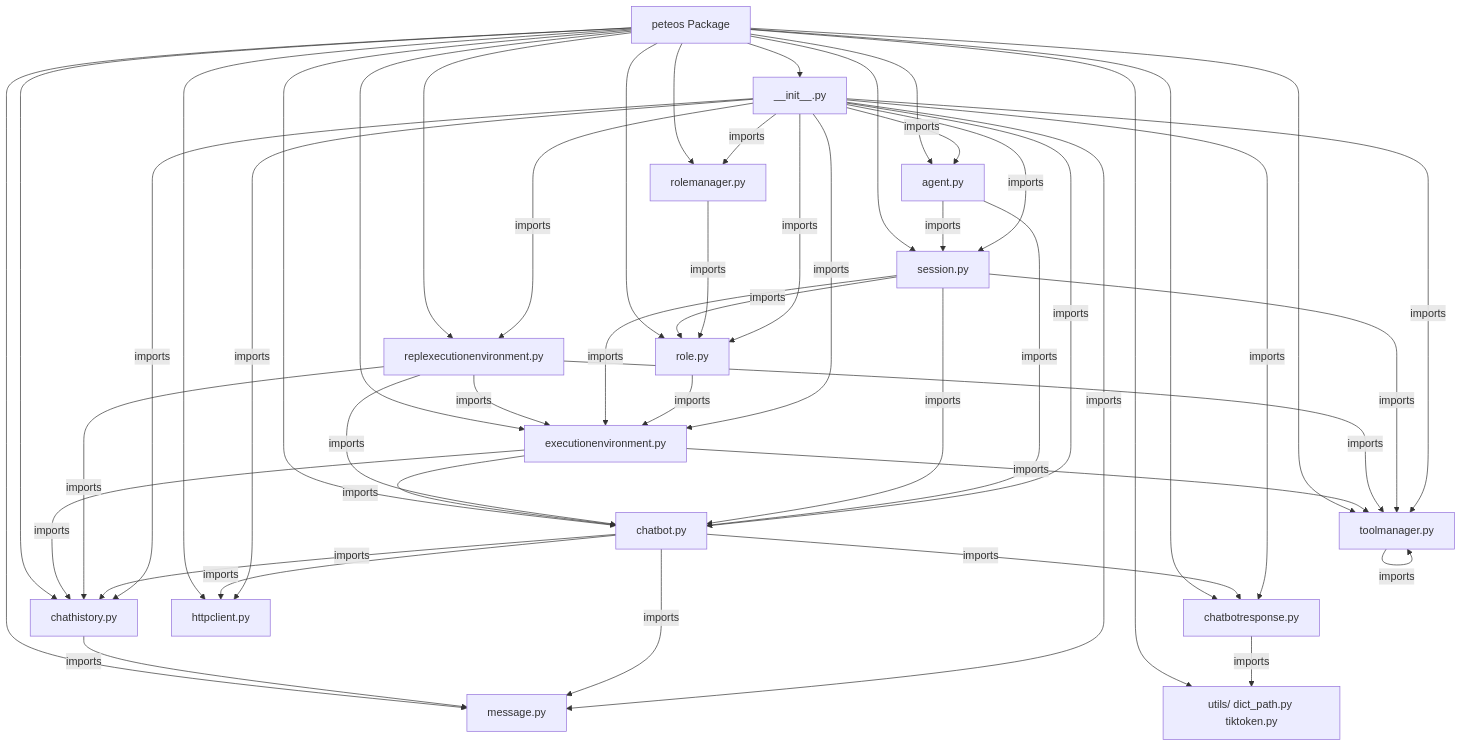
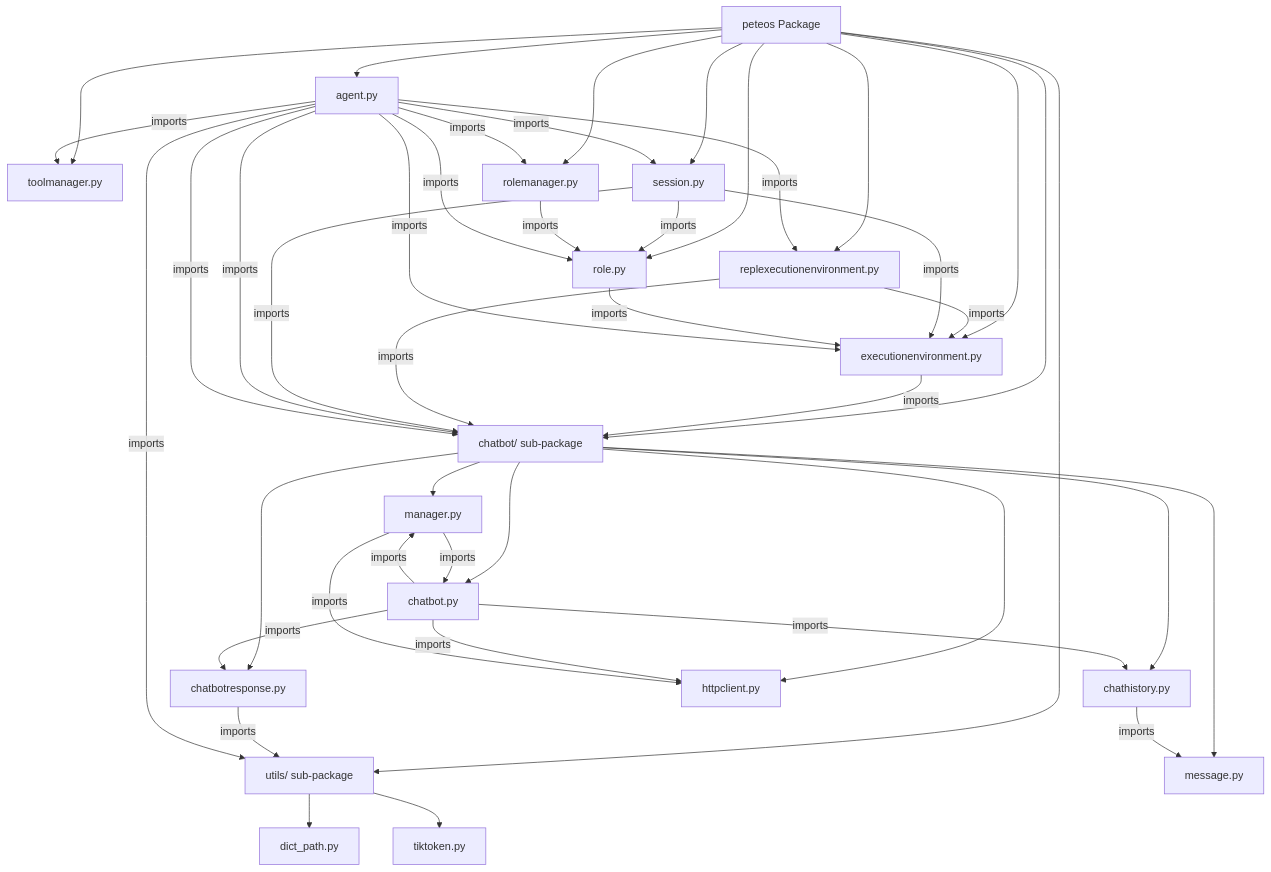
Before and after one commit to Schafer-List-Systems/peteos: the diagram in docs/developer/architecture.md, drawn with Mermaid. The commit also changed other lines of this file and 2 other files, not shown here.

Commit message:
docs: update utils documentation and imports
- Updated architecture.md to show get_value_at_path in peteos/utils/__init__.py
- Updated chatbotresponse.py import to use peteos.utils
- Updated test_tokencounter.py to import from peteos.utils

````diff
--- a/docs/developer/architecture.md
+++ b/docs/developer/architecture.md
@@ -235,52 +241,48 @@
 ```mermaid
 graph TD
-    A[peteos Package] --> B[__init__.py]
-    A --> C[agent.py]
-    A --> D[chatbot.py]
-    A --> E[chatbotresponse.py]
-    A --> F[message.py]
-    A --> G[chathistory.py]
-    A --> H[toolmanager.py]
-    A --> I[executionenvironment.py]
-    A --> J[replexecutionenvironment.py]
-    A --> K[session.py]
-    A --> L[role.py]
-    A --> O[rolemanager.py]
-    A --> M[httpclient.py]
-    A --> N[utils/ dict_path.py tiktoken.py]
+    A[peteos Package] --> B[agent.py]
+    A --> C[chatbot/ sub-package]
+    A --> D[toolmanager.py]
+    A --> E[executionenvironment.py]
+    A --> F[replexecutionenvironment.py]
+    A --> G[session.py]
+    A --> H[role.py]
+    A --> I[rolemanager.py]
+    A --> J[utils/ sub-package]
 
-    G -->|imports| F
-    H -->|imports| H
-    I -->|imports| G
+    C --> C1[manager.py]
+    C --> C2[chatbot.py]
+    C --> C3[chatbotresponse.py]
+    C --> C4[message.py]
+    C --> C5[chathistory.py]
+    C --> C6[httpclient.py]
+
+    J --> J1[dict_path.py]
+    J --> J2[tiktoken.py]
+
+    C5 -->|imports| C4
+    C3 -->|imports| J
+    C2 -->|imports| C1
+    C2 -->|imports| C3
+    C2 -->|imports| C5
+    C2 -->|imports| C6
+    C1 -->|imports| C6
+    C1 -->|imports| C2
+    E -->|imports| C
+    F -->|imports| E
+    F -->|imports| C
+    G -->|imports| E
+    G -->|imports| C
+    G -->|imports| H
+    H -->|imports| E
     I -->|imports| H
-    I -->|imports| D
-    J -->|imports| I
-    J -->|imports| G
-    J -->|imports| H
-    J -->|imports| D
-    K -->|imports| I
-    K -->|imports| H
-    K -->|imports| D
-    K -->|imports| L
-    L -->|imports| I
-    O -->|imports| L
-    C -->|imports| D
-    C -->|imports| K
-    D -->|imports| G
-    D -->|imports| E
-    D -->|imports| M
-    D -->|imports| F
-    E -->|imports| N
     B -->|imports| C
-    B -->|imports| D
     B -->|imports| E
     B -->|imports| F
     B -->|imports| G
     B -->|imports| H
     B -->|imports| I
+    B -->|imports| D
     B -->|imports| J
-    B -->|imports| K
-    B -->|imports| L
-    B -->|imports| O
-    B -->|imports| M
+    B -->|imports| C
 ```
````
